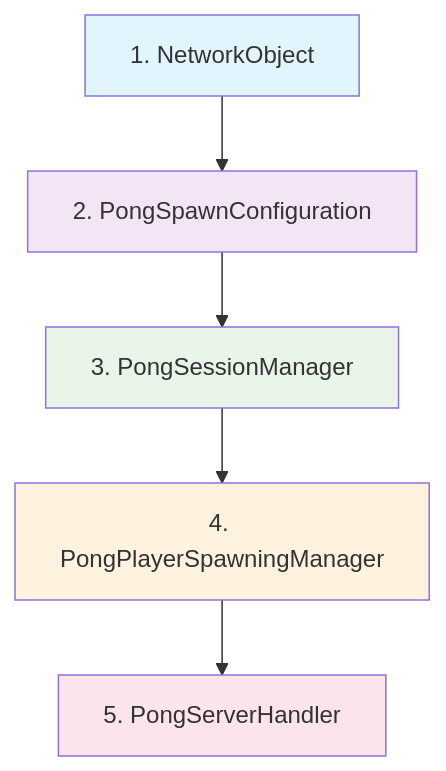
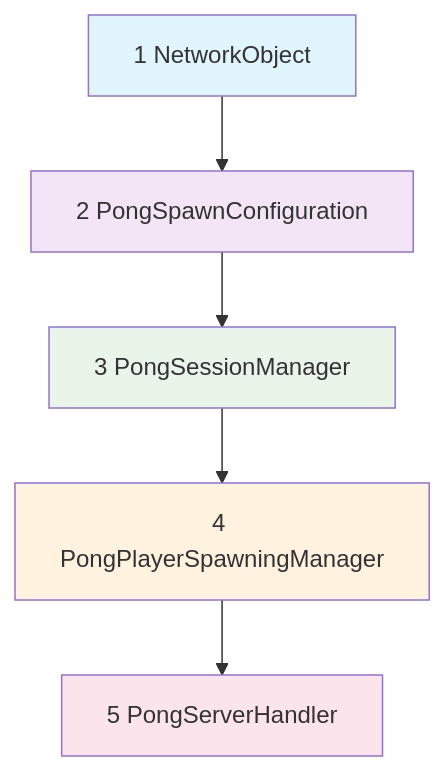
Before and after one commit to honeyeyo/UGB: the diagram in Documentation/SOP/竞技场配置指南.md, drawn with Mermaid. The commit also changed 12 other files, not shown here.

````diff
--- a/Documentation/SOP/竞技场配置指南.md
+++ b/Documentation/SOP/竞技场配置指南.md
@@ -38,13 +38,13 @@
 ```mermaid
 graph TD
-    A[1. NetworkObject] --> B[2. PongSpawnConfiguration]
-    B --> C[3. PongSessionManager]
-    C --> D[4. PongPlayerSpawningManager]
-    D --> E[5. PongServerHandler]
+    A[1 NetworkObject] --> B[2 PongSpawnConfiguration]
+    B --> C[3 PongSessionManager]
+    C --> D[4 PongPlayerSpawningManager]
+    D --> E[5 PongServerHandler]
 
     style A fill:#e1f5fe
     style B fill:#f3e5f5
     style C fill:#e8f5e8
     style D fill:#fff3e0
     style E fill:#fce4ec
 ```
````
